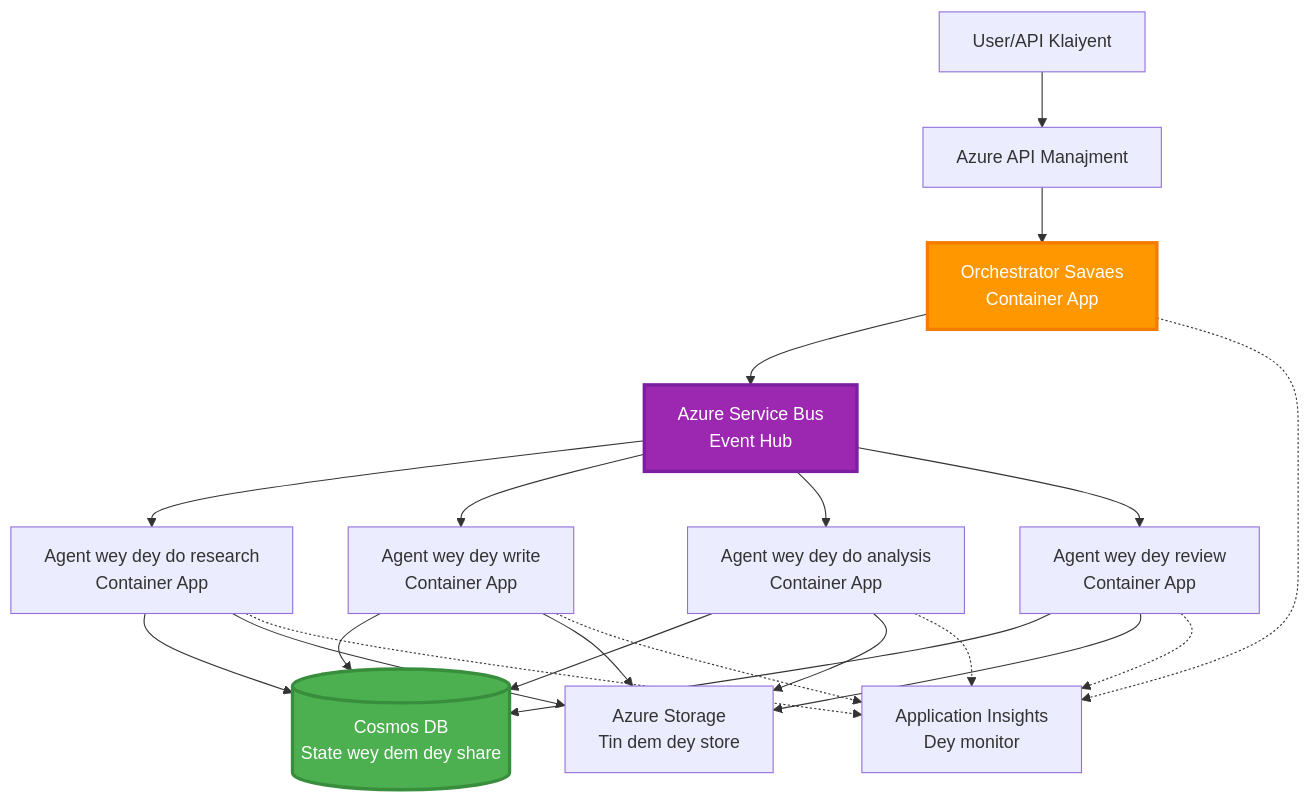
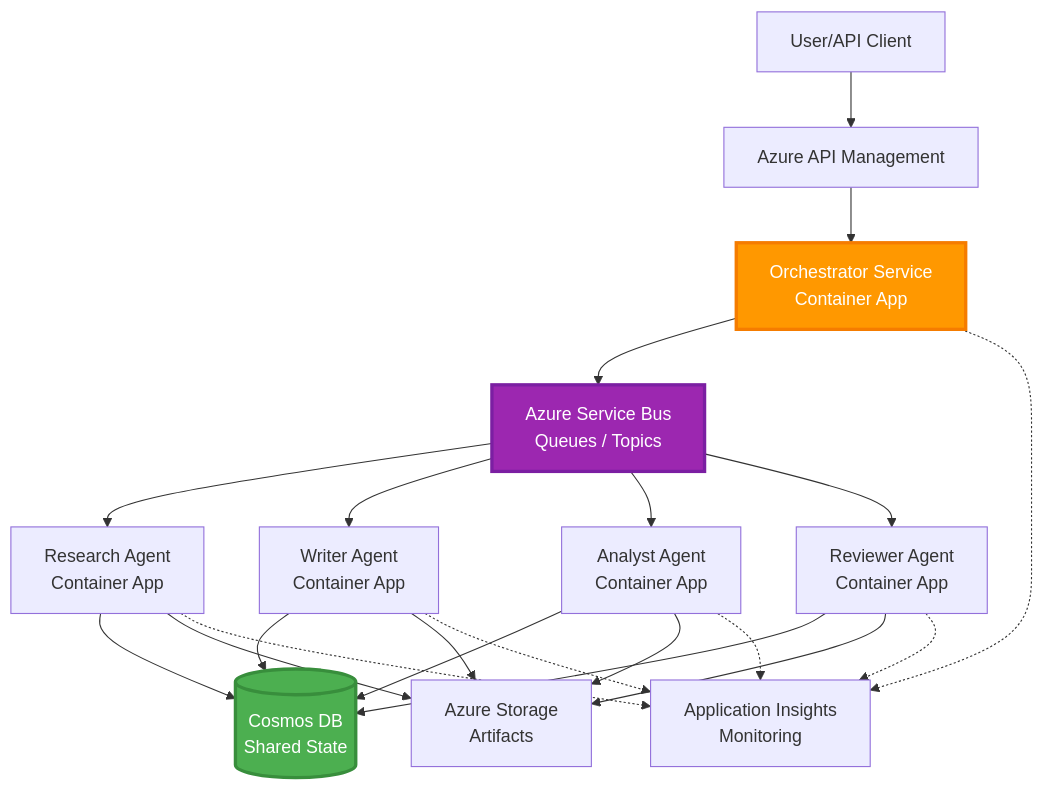
Before and after one commit to microsoft/AZD-for-beginners: the seventh of 7 diagrams in translations/pcm/docs/chapter-06-pre-deployment/coordination-patterns.md, drawn with Mermaid. The commit also changed other lines of this file and 135 other files, not shown here.

````diff
--- a/translations/pcm/docs/chapter-06-pre-deployment/coordination-patterns.md
+++ b/translations/pcm/docs/chapter-06-pre-deployment/coordination-patterns.md
@@ -265,45 +271,45 @@
 ```mermaid
 graph TB
-    User[User/API Klaiyent]
-    APIM[Azure API Manajment]
-    Orchestrator[Orchestrator Savaes<br/>Container App]
-    ServiceBus[Azure Service Bus<br/>Event Hub]
+    User[User/API Client]
+    APIM[Azure API Management]
+    Orchestrator[Orchestrator Service<br/>Container App]
+    ServiceBus[Azure Service Bus<br/>Queues / Topics]
     
-    Agent1[Agent wey dey do research<br/>Container App]
-    Agent2[Agent wey dey write<br/>Container App]
-    Agent3[Agent wey dey do analysis<br/>Container App]
-    Agent4[Agent wey dey review<br/>Container App]
+    Agent1[Research Agent<br/>Container App]
+    Agent2[Writer Agent<br/>Container App]
+    Agent3[Analyst Agent<br/>Container App]
+    Agent4[Reviewer Agent<br/>Container App]
     
-    CosmosDB[(Cosmos DB<br/>State wey dem dey share)]
-    Storage[Azure Storage<br/>Tin dem dey store]
-    AppInsights[Application Insights<br/>Dey monitor]
+    CosmosDB[(Cosmos DB<br/>Shared State)]
+    Storage[Azure Storage<br/>Artifacts]
+    AppInsights[Application Insights<br/>Monitoring]
     
     User --> APIM
     APIM --> Orchestrator
     
     Orchestrator --> ServiceBus
     ServiceBus --> Agent1
     ServiceBus --> Agent2
     ServiceBus --> Agent3
     ServiceBus --> Agent4
     
     Agent1 --> CosmosDB
     Agent2 --> CosmosDB
     Agent3 --> CosmosDB
     Agent4 --> CosmosDB
     
     Agent1 --> Storage
     Agent2 --> Storage
     Agent3 --> Storage
     Agent4 --> Storage
     
     Orchestrator -.-> AppInsights
     Agent1 -.-> AppInsights
     Agent2 -.-> AppInsights
     Agent3 -.-> AppInsights
     Agent4 -.-> AppInsights
     
     style Orchestrator fill:#FF9800,stroke:#F57C00,stroke-width:3px,color:#fff
     style ServiceBus fill:#9C27B0,stroke:#7B1FA2,stroke-width:3px,color:#fff
     style CosmosDB fill:#4CAF50,stroke:#388E3C,stroke-width:3px,color:#fff
 ```
````
